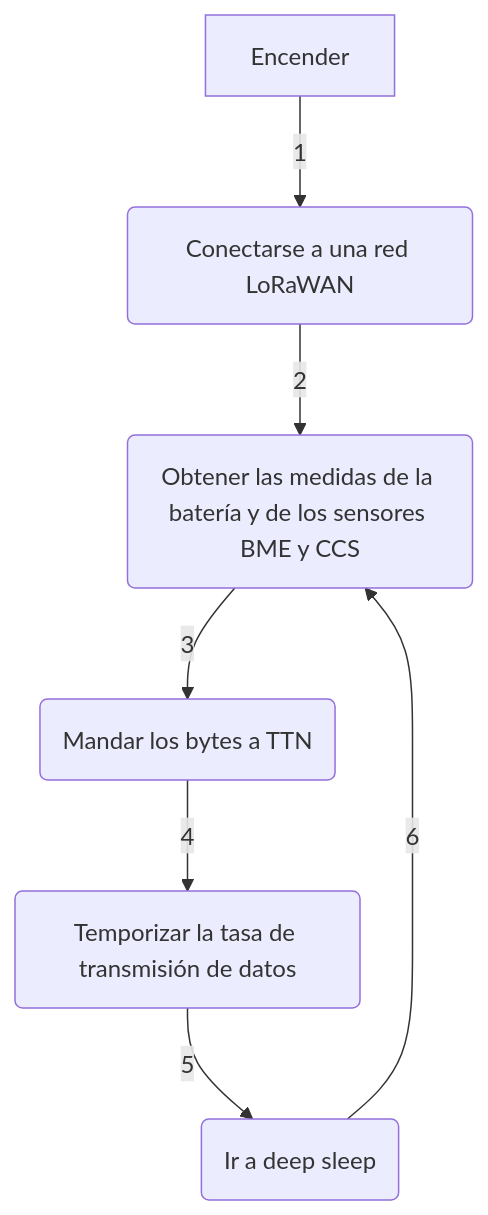
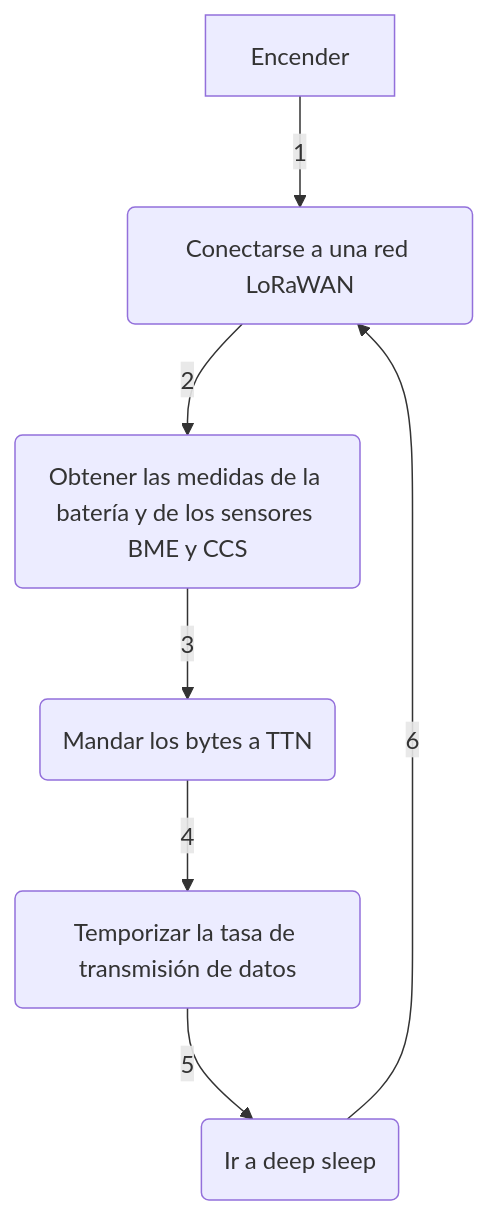
The diagram in README.md (MediaLabUniovi/Lora-Mini-Air-Quality-Drone-Onboard-Station), drawn with Mermaid before and after one commit. The commit also changed other lines of this file, not shown here.

````diff
--- a/README.md
+++ b/README.md
@@ -136,9 +136,9 @@
 ```mermaid
 graph TD;
   A[Encender] -->|1| B(Conectarse a una red LoRaWAN)
   B -->|2| C(Obtener las medidas de la batería y de los sensores BME y CCS)
   C -->|3| D(Mandar los bytes a TTN)
   D -->|4| E(Temporizar la tasa de transmisión de datos)
   E -->|5| F(Ir a deep sleep)
-  F -->|6| C
+  F -->|6| B
 ```
````
